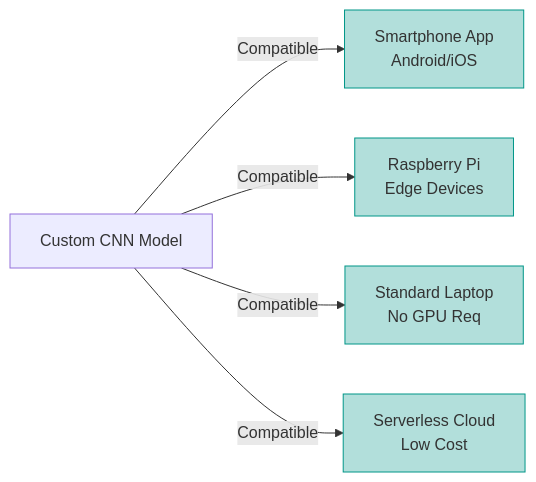
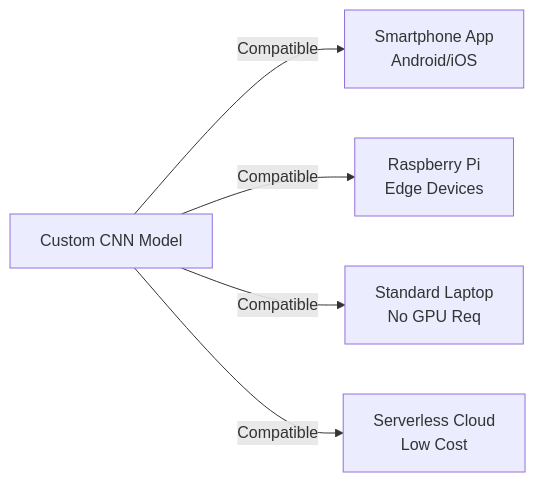
Before and after one commit to udit400/retinopathy-ai: the fifth of 5 diagrams in render.md, drawn with Mermaid. The commit also changed other lines of this file, not shown here.

First line of the commit message:
Refactor flowcharts in render.md for clarity

````diff
--- a/render.md
+++ b/render.md
@@ -245,15 +238,10 @@
 ```mermaid
 graph LR
     Model[Custom CNN Model]
     
     Model -->|Compatible| Mobile[Smartphone App<br/>Android/iOS]
     Model -->|Compatible| Edge[Raspberry Pi<br/>Edge Devices]
     Model -->|Compatible| Laptop[Standard Laptop<br/>No GPU Req]
     Model -->|Compatible| Cloud[Serverless Cloud<br/>Low Cost]
-    
-    style Mobile fill:#b2dfdb,stroke:#009688
-    style Edge fill:#b2dfdb,stroke:#009688
-    style Laptop fill:#b2dfdb,stroke:#009688
-    style Cloud fill:#b2dfdb,stroke:#009688
 
 ```
````
